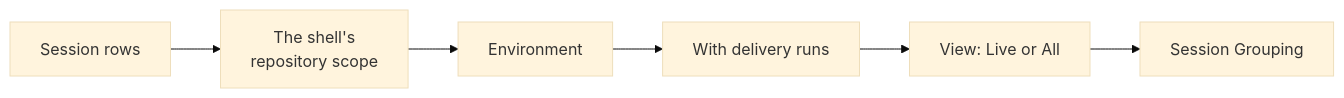
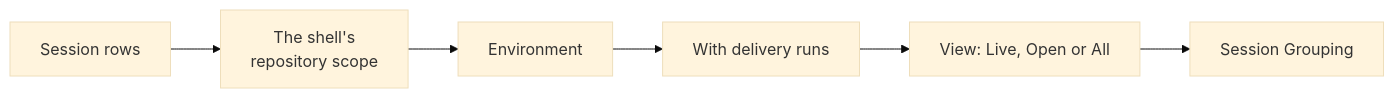
The second of 2 diagrams in .devbook/domain/sessions/domain.md (JSdotNet/Backlog), drawn with Mermaid (base theme) before and after one commit. The commit also changed other lines of this file and 20 other files, not shown here.

First line of the commit message:
Add an Open sessions view for Claude desktop sessions not yet archived

````diff
--- a/.devbook/domain/sessions/domain.md
+++ b/.devbook/domain/sessions/domain.md
@@ -962,8 +987,8 @@
 ```mermaid
 flowchart LR
     A[Session rows] --> B[The shell's<br/>repository scope]
     B --> C[Environment]
     C --> D[With delivery runs]
-    D --> E[View: Live or All]
+    D --> E[View: Live, Open or All]
     E --> F[Session Grouping]
 ```
````
